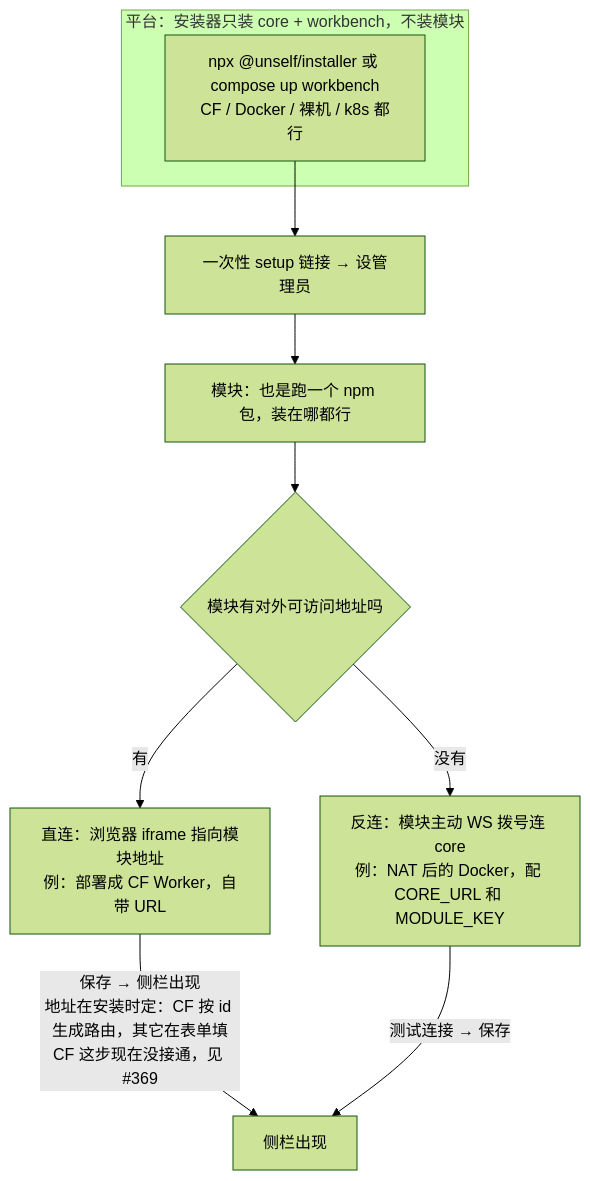
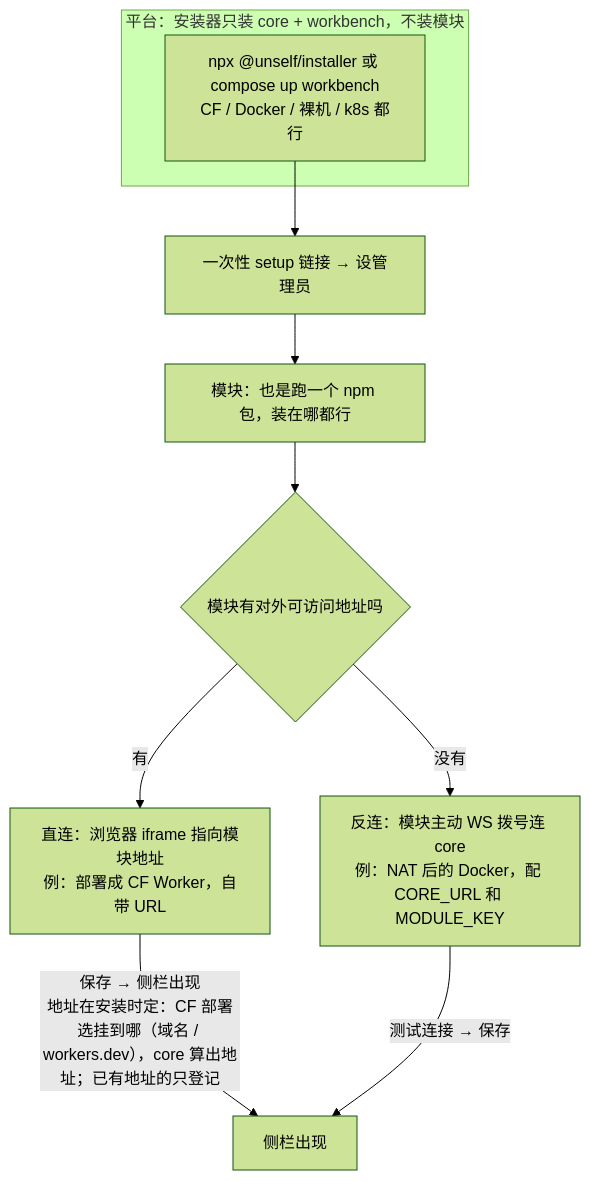
Before and after one commit to UN-Self/unself: the diagram in docs/flows.md, drawn with Mermaid (forest theme). The commit also changed 2 other files, not shown here.

Commit message:
docs(#369): 模块地址的来法按落地代码回写，去掉「没接通」
契约文档（modules.md / flows.md / architecture.md）此前写着「CF 装机这条路
现在还没接通，见 #369」「其它在表单填」。代码已落地，正文是唯一真相源，改原文：

- modules.md §3：地址三种来法都是直连——CF 部署选挂到账号域名（core 建 zone 路由）
  或 workers.dev 子域（core 开子域），地址由 core 算出；已自己部署好的在同一个
  tab 选「我已有地址」只填 id + 地址登记，清单落占位。如实写明 existing 模块
  当前没有自报清单的通道
- flows.md：直连分支的说明同步
- architecture.md：跨域可达性那段同步
- modules.md §2 包格式：docker/ 目录的说明去掉「runtimes 含 docker」旧值域
- modules.md §10 待定：DO 平替拆开说——core 自己的反连隧道已平替（同一份
  TunnelRoom 经薄适配层在 Node 跑），chat/meeting 的 SQLite-backed DO 没有，
  落地前 manifest 如实只写 worker

````diff
--- a/docs/flows.md
+++ b/docs/flows.md
@@ -9,16 +9,16 @@
 ```mermaid
 flowchart TD
   subgraph P[平台：安装器只装 core + workbench，不装模块]
     A["npx @unself/installer 或 compose up workbench<br/>CF / Docker / 裸机 / k8s 都行"]
   end
   A --> S["一次性 setup 链接 → 设管理员"]
 
   S --> M["模块：也是跑一个 npm 包，装在哪都行"]
   M --> Q{模块有对外可访问地址吗}
 
   Q -->|"有"| D["直连：浏览器 iframe 指向模块地址<br/>例：部署成 CF Worker，自带 URL"]
   Q -->|"没有"| R["反连：模块主动 WS 拨号连 core<br/>例：NAT 后的 Docker，配 CORE_URL 和 MODULE_KEY"]
 
-  D -->|"保存 → 侧栏出现<br/>地址在安装时定：CF 按 id 生成路由，其它在表单填<br/>CF 这步现在没接通，见 #369"| G["侧栏出现"]
+  D -->|"保存 → 侧栏出现<br/>地址在安装时定：CF 部署选挂到哪（域名 / workers.dev），core 算出地址；已有地址的只登记"| G["侧栏出现"]
   R -->|"测试连接 → 保存"| G
 ```
````
